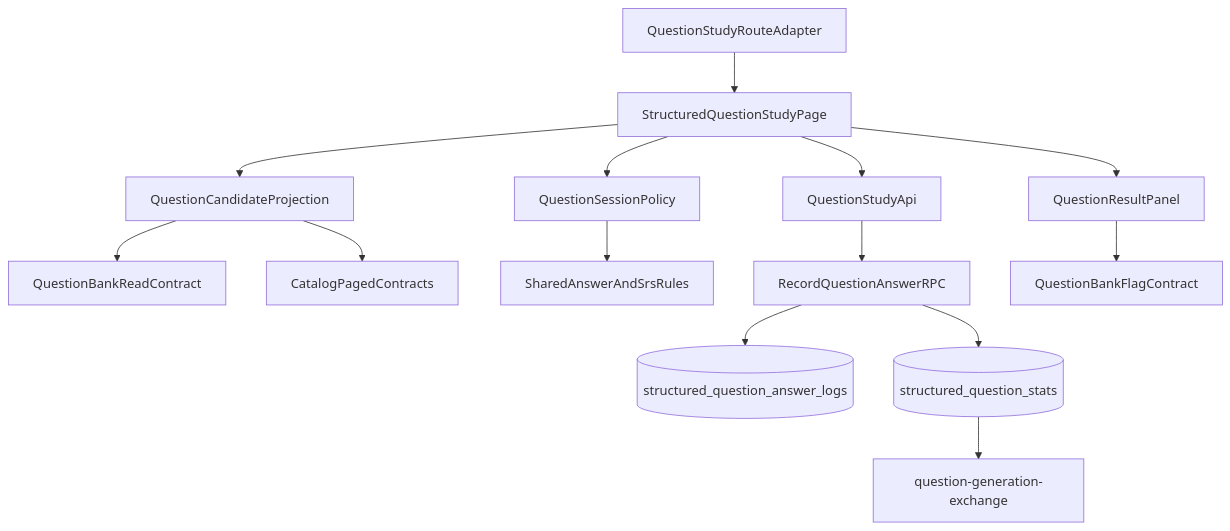
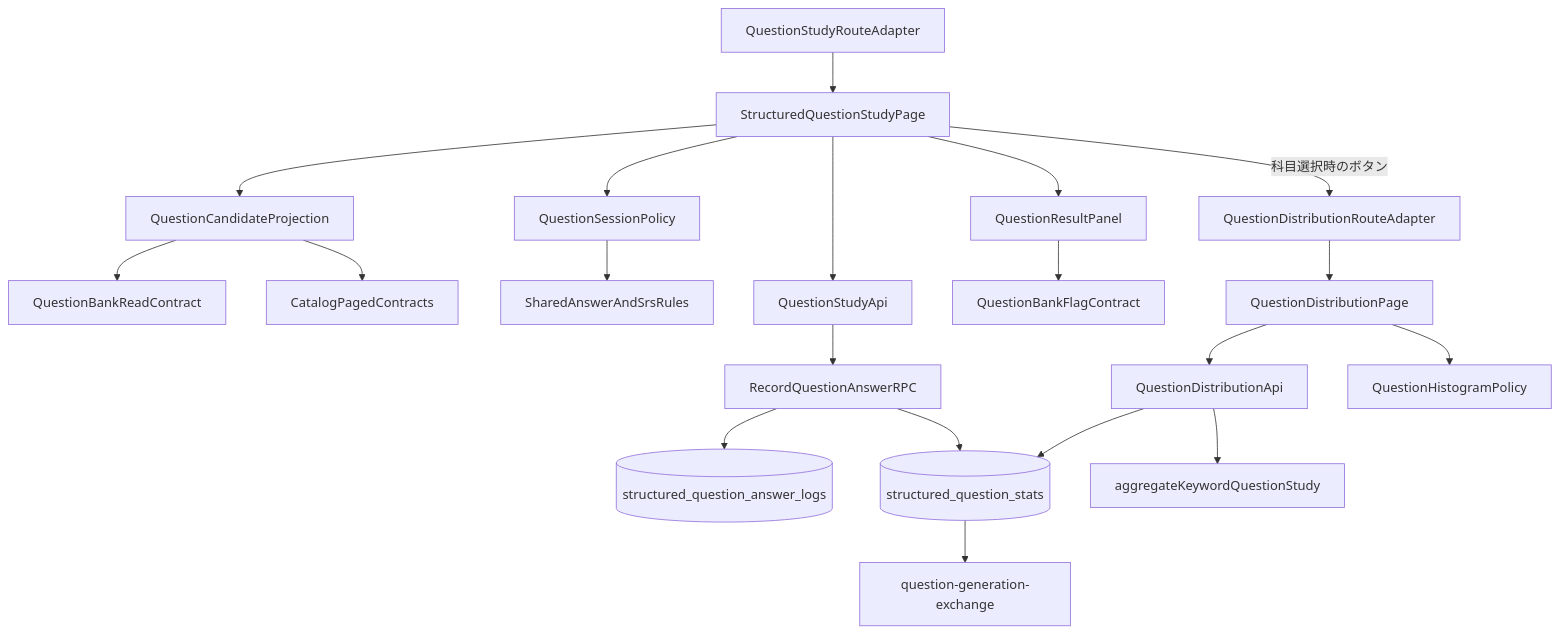
The first of 4 diagrams in .kiro/specs/structured-question-study/design.md (takky81/blank-study), drawn with Mermaid before and after one commit. The commit also changed other lines of this file and 24 other files, not shown here.

First line of the commit message:
feat(structured-question-study): 科目単位の正答率・出題回数ヒストグラム画面を追加する

````diff
--- a/.kiro/specs/structured-question-study/design.md
+++ b/.kiro/specs/structured-question-study/design.md
@@ -60,16 +66,22 @@
 ```mermaid
 graph TB
   Route[QuestionStudyRouteAdapter] --> Page[StructuredQuestionStudyPage]
   Page --> Projection[QuestionCandidateProjection]
   Page --> Session[QuestionSessionPolicy]
   Page --> Result[QuestionResultPanel]
   Projection --> Bank[QuestionBankReadContract]
   Projection --> Catalog[CatalogPagedContracts]
   Session --> Shared[SharedAnswerAndSrsRules]
   Page --> Api[QuestionStudyApi]
   Api --> RPC[RecordQuestionAnswerRPC]
   RPC --> Logs[(structured_question_answer_logs)]
   RPC --> Stats[(structured_question_stats)]
   Result --> Flags[QuestionBankFlagContract]
   Stats --> Exchange[question-generation-exchange]
+  Page -->|科目選択時のボタン| DistRoute[QuestionDistributionRouteAdapter]
+  DistRoute --> DistPage[QuestionDistributionPage]
+  DistPage --> DistApi[QuestionDistributionApi]
+  DistPage --> Histogram[QuestionHistogramPolicy]
+  DistApi --> Stats
+  DistApi --> StatsContract[aggregateKeywordQuestionStudy]
 ```
````
